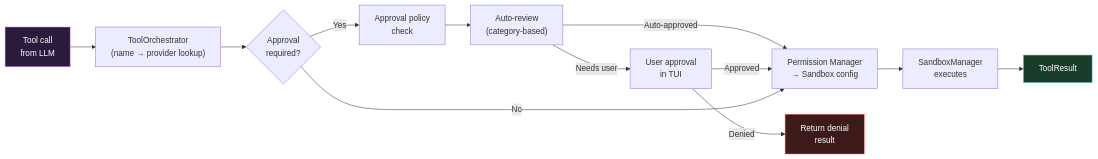
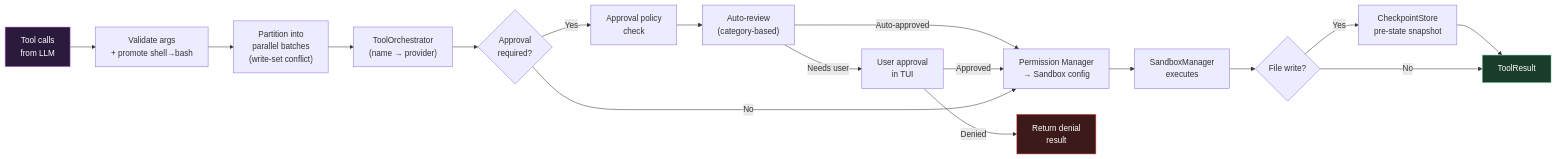
The third of 12 diagrams in docs/ARCHITECTURE.md (basadi-dev/codezilla), drawn with Mermaid before and after one commit. The commit also changed other lines of this file, not shown here.

Commit message:
docs: update architecture documentation with agentic loop enhancements, sub-agent supervision, parallel tool batching, and surface-layer interfaces.

````diff
--- a/docs/ARCHITECTURE.md
+++ b/docs/ARCHITECTURE.md
@@ -129,18 +190,23 @@
 ```mermaid
 flowchart LR
-    ToolCall["Tool call<br/>from LLM"] --> Orchestrator["ToolOrchestrator<br/>(name → provider lookup)"]
+    ToolCalls["Tool calls<br/>from LLM"] --> Validate["Validate args<br/>+ promote shell→bash"]
+    Validate --> Batch["Partition into<br/>parallel batches<br/>(write-set conflict)"]
+    Batch --> Orchestrator["ToolOrchestrator<br/>(name → provider)"]
     Orchestrator --> Approval{Approval<br/>required?}
     Approval -->|Yes| Policy["Approval policy<br/>check"]
     Policy --> AutoReview["Auto-review<br/>(category-based)"]
     AutoReview -->|Auto-approved| Sandbox
     AutoReview -->|Needs user| UserApproval["User approval<br/>in TUI"]
     UserApproval -->|Approved| Sandbox
     UserApproval -->|Denied| Denied["Return denial<br/>result"]
     Approval -->|No| Sandbox["Permission Manager<br/>→ Sandbox config"]
     Sandbox --> Execute["SandboxManager<br/>executes"]
-    Execute --> Result["ToolResult"]
+    Execute --> Checkpoint{"File write?"}
+    Checkpoint -->|Yes| Snap["CheckpointStore<br/>pre-state snapshot"]
+    Snap --> Result["ToolResult"]
+    Checkpoint -->|No| Result
 
-    style ToolCall fill:#2a1a3c,stroke:#dc8cff,color:#fff
+    style ToolCalls fill:#2a1a3c,stroke:#dc8cff,color:#fff
     style Result fill:#1a3c2a,stroke:#64c8a3,color:#fff
     style Denied fill:#3c1a1a,stroke:#ff6464,color:#fff
 ```
````
